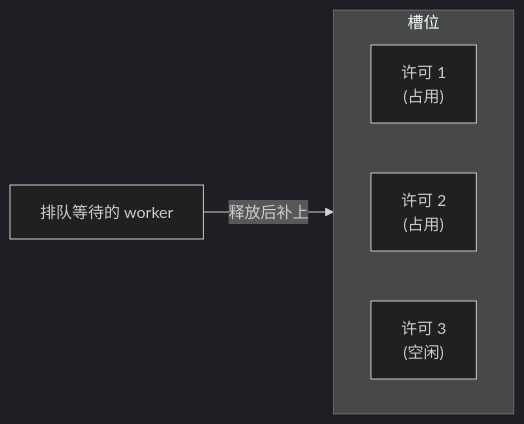
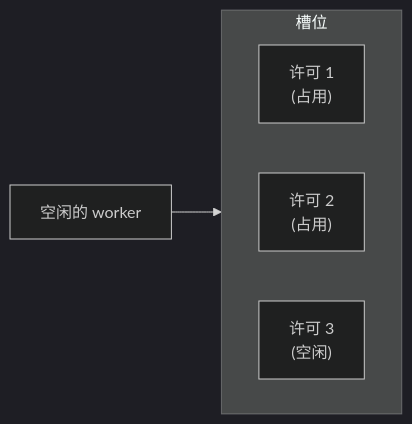
Before and after one commit to MT-SUPER-POWER/ResumeAgent: the second of 7 diagrams in docs/architecture/pipeline-concurrency.md, drawn with Mermaid (dark theme). The commit also changed other lines of this file, not shown here.

````diff
--- a/docs/architecture/pipeline-concurrency.md
+++ b/docs/architecture/pipeline-concurrency.md
@@ -60,10 +46,10 @@
 ```mermaid
 flowchart LR
     subgraph 槽位
         direction LR
         S1["许可 1<br/>(占用)"]
         S2["许可 2<br/>(占用)"]
         S3["许可 3<br/>(空闲)"]
     end
-    WQ["排队等待的 worker"] -->|"释放后补上"| S3
+    WQ["空闲的 worker"] --> S3
 ```
````
